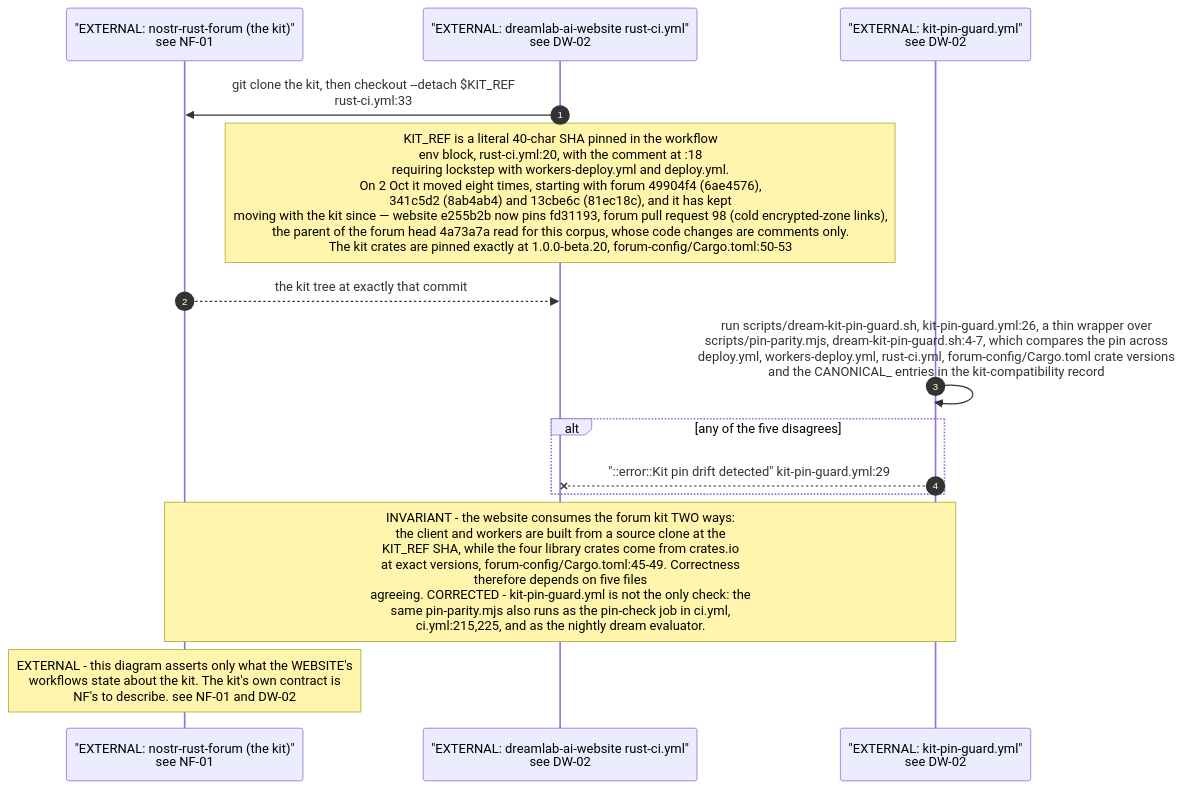
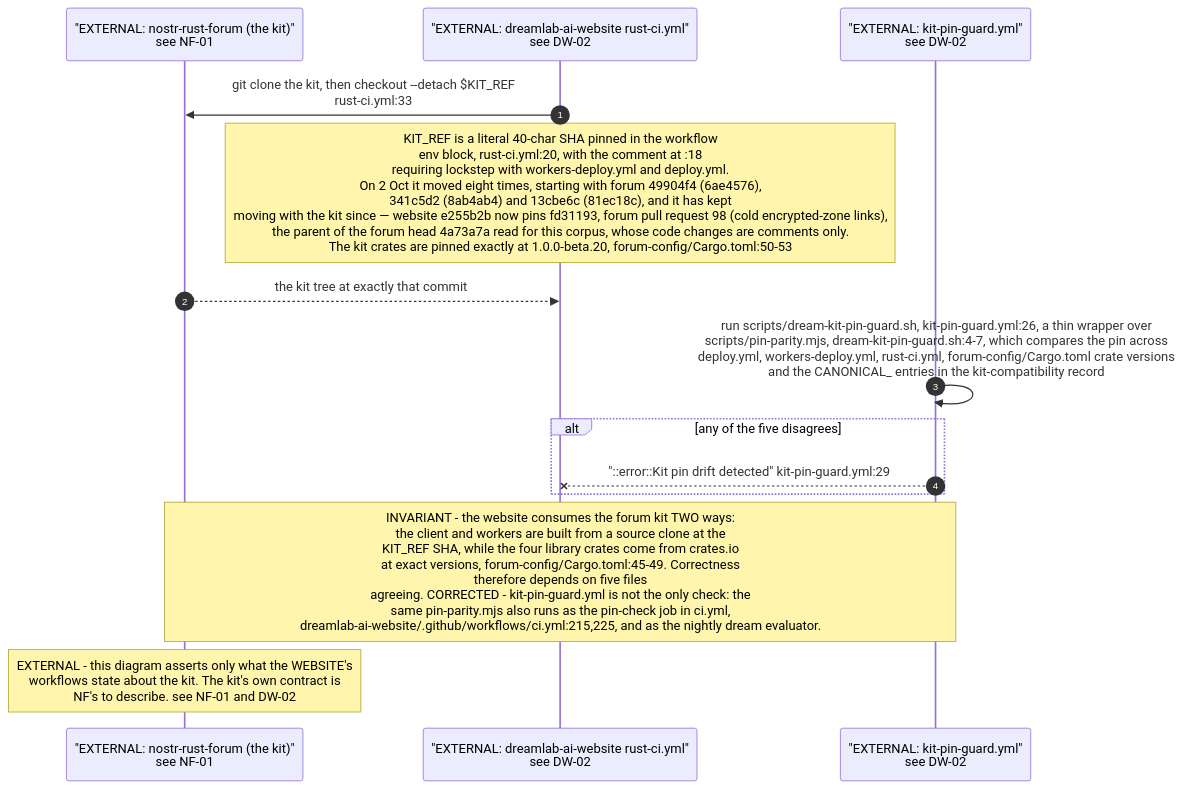
One commit to DreamLab-AI/VisionFlow changed the fourth of 6 diagrams in docs/diagrams/estate/11-publishing-axis.md. Above: the diagram before and after it, drawn with Mermaid. The commit also changed other lines of this file and 1 other file, not shown here.

First line of the commit message:
docs(diagrams): estate pass B (vowl-wasm 0.4.0 convergence, WasmVOWL CI, dream-core 0.5.0)

````diff
--- a/docs/diagrams/estate/11-publishing-axis.md
+++ b/docs/diagrams/estate/11-publishing-axis.md
@@ -131,17 +141,17 @@
 ```mermaid
 sequenceDiagram
     autonumber
     participant NF as "EXTERNAL: nostr-rust-forum (the kit)"<br/>see NF-01
     participant CI as "EXTERNAL: dreamlab-ai-website rust-ci.yml"<br/>see DW-02
     participant GUARD as "EXTERNAL: kit-pin-guard.yml"<br/>see DW-02
 
     CI->>NF: git clone the kit, then checkout --detach $KIT_REF<br/>rust-ci.yml:33
     Note over CI: KIT_REF is a literal 40-char SHA pinned in the workflow<br/>env block, rust-ci.yml:20, with the comment at :18<br/>requiring lockstep with workers-deploy.yml and deploy.yml.<br/>On 2 Oct it moved eight times, starting with forum 49904f4 (6ae4576),<br/>341c5d2 (8ab4ab4) and 13cbe6c (81ec18c), and it has kept<br/>moving with the kit since — website e255b2b now pins fd31193, forum pull request 98 (cold encrypted-zone links),<br/>the parent of the forum head 4a73a7a read for this corpus, whose code changes are comments only.<br/>The kit crates are pinned exactly at 1.0.0-beta.20, forum-config/Cargo.toml:50-53
     NF-->>CI: the kit tree at exactly that commit
     GUARD->>GUARD: run scripts/dream-kit-pin-guard.sh, kit-pin-guard.yml:26, a thin wrapper over<br/>scripts/pin-parity.mjs, dream-kit-pin-guard.sh:4-7, which compares the pin across<br/>deploy.yml, workers-deploy.yml, rust-ci.yml, forum-config/Cargo.toml crate versions<br/>and the CANONICAL_ entries in the kit-compatibility record
     alt any of the five disagrees
         GUARD--xCI: "::error::Kit pin drift detected" kit-pin-guard.yml:29
     end
-    Note over NF,GUARD: INVARIANT - the website consumes the forum kit TWO ways:<br/>the client and workers are built from a source clone at the<br/>KIT_REF SHA, while the four library crates come from crates.io<br/>at exact versions, forum-config/Cargo.toml:45-49. Correctness<br/>therefore depends on five files<br/>agreeing. CORRECTED - kit-pin-guard.yml is not the only check: the<br/>same pin-parity.mjs also runs as the pin-check job in ci.yml,<br/>ci.yml:215,225, and as the nightly dream evaluator.
+    Note over NF,GUARD: INVARIANT - the website consumes the forum kit TWO ways:<br/>the client and workers are built from a source clone at the<br/>KIT_REF SHA, while the four library crates come from crates.io<br/>at exact versions, forum-config/Cargo.toml:45-49. Correctness<br/>therefore depends on five files<br/>agreeing. CORRECTED - kit-pin-guard.yml is not the only check: the<br/>same pin-parity.mjs also runs as the pin-check job in ci.yml,<br/>dreamlab-ai-website/.github/workflows/ci.yml:215,225, and as the nightly dream evaluator.
     Note over NF: EXTERNAL - this diagram asserts only what the WEBSITE's<br/>workflows state about the kit. The kit's own contract is<br/>NF's to describe. see NF-01 and DW-02
 ```
````
